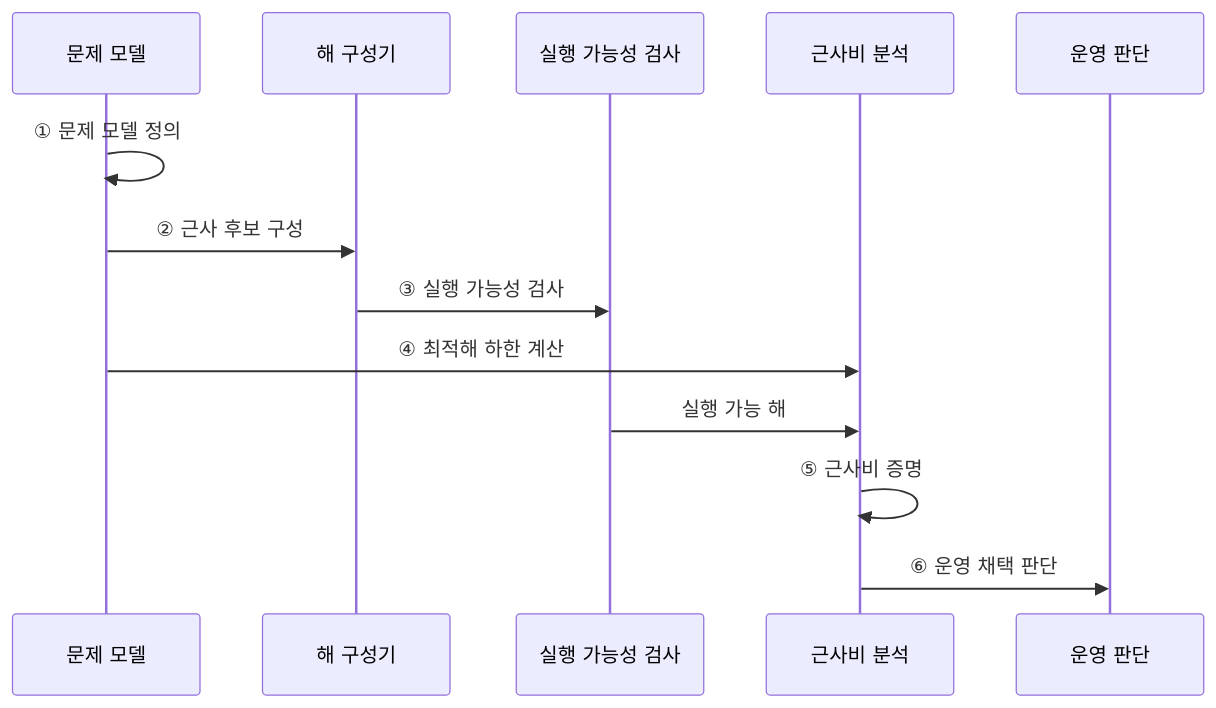
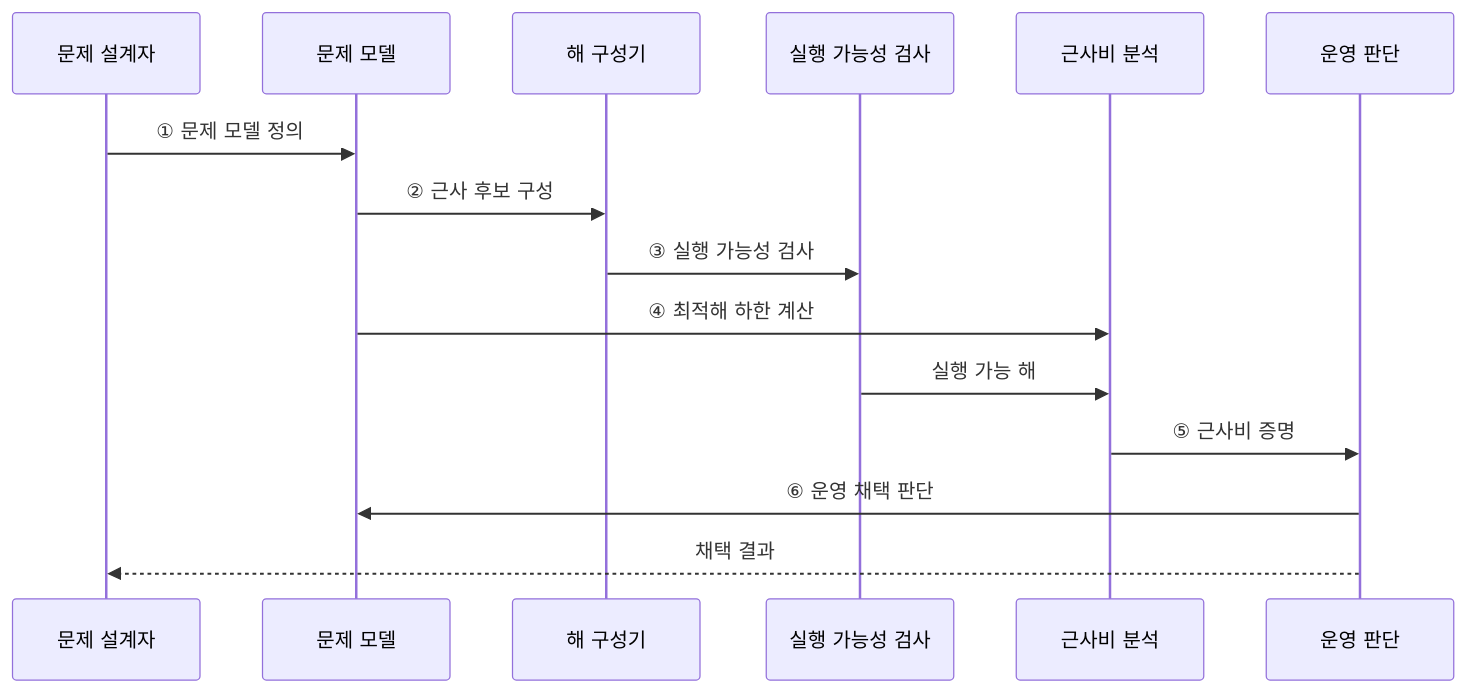
One commit to agnusdei1207/knowledge-base changed the second of 2 diagrams in src/content/docs/notes/01-basic-theory/060_approximation_algo.md. Above: the diagram before and after it, drawn with Mermaid. The commit also changed other lines of this file and 10 other files, not shown here.

````diff
--- a/src/content/docs/notes/01-basic-theory/060_approximation_algo.md
+++ b/src/content/docs/notes/01-basic-theory/060_approximation_algo.md
@@ -108,15 +73,17 @@
 ```mermaid
 sequenceDiagram
+    participant D as 문제 설계자
     participant M as 문제 모델
     participant C as 해 구성기
     participant V as 실행 가능성 검사
     participant B as 근사비 분석
     participant O as 운영 판단
-    M->>M: ① 문제 모델 정의
+    D->>M: ① 문제 모델 정의
     M->>C: ② 근사 후보 구성
     C->>V: ③ 실행 가능성 검사
     M->>B: ④ 최적해 하한 계산
     V->>B: 실행 가능 해
-    B->>B: ⑤ 근사비 증명
-    B->>O: ⑥ 운영 채택 판단
+    B->>O: ⑤ 근사비 증명
+    O->>M: ⑥ 운영 채택 판단
+    O-->>D: 채택 결과
 ```
````
